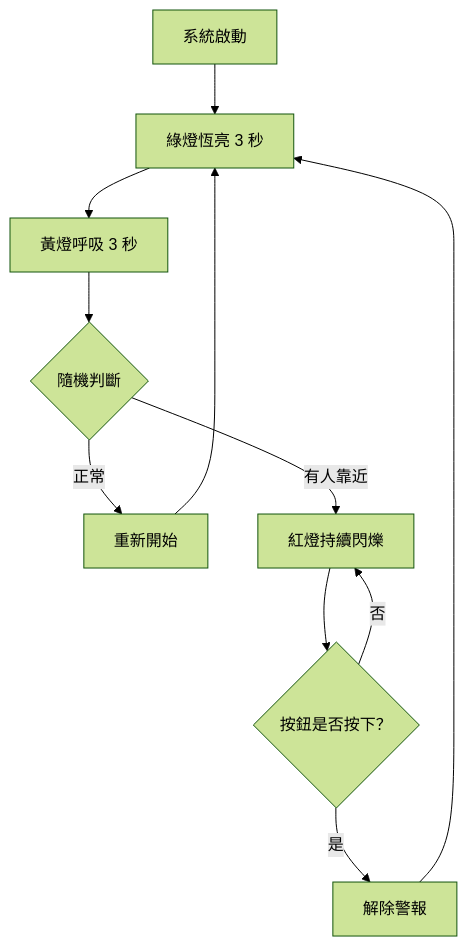
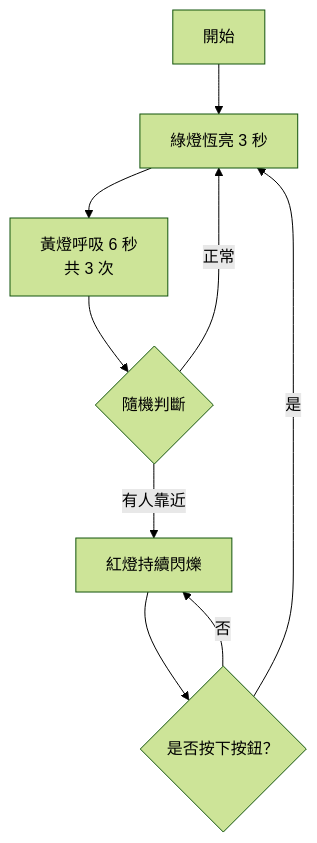
Before and after one commit to itsHao7916/STM32-LED-Smart-System-test: the diagram in README.md, drawn with Mermaid (forest theme). The commit also changed other lines of this file, not shown here.

````diff
--- a/README.md
+++ b/README.md
@@ -111,13 +113,18 @@
 ```mermaid
 flowchart TD
-    A["系統啟動"] --> B["綠燈恆亮 3 秒"]
-    B --> C["黃燈呼吸 3 秒"]
-    C --> D{"隨機判斷"}
-    D -->|正常| E["重新開始"]
-    D -->|有人靠近| F["紅燈持續閃爍"]
-    E --> B
-    F --> G{"按鈕是否按下？"}
-    G -->|是| H["解除警報"]
-    G -->|否| F
-    H --> B
+    A[開始]
+    B[綠燈恆亮 3 秒]
+    C[黃燈呼吸 6 秒<br/>共 3 次]
+    D{隨機判斷}
+    E[紅燈持續閃爍]
+    F{是否按下按鈕？}
+
+    A --> B
+    B --> C
+    C --> D
+    D -->|正常| B
+    D -->|有人靠近| E
+    E --> F
+    F -->|是| B
+    F -->|否| E
 ```
````
